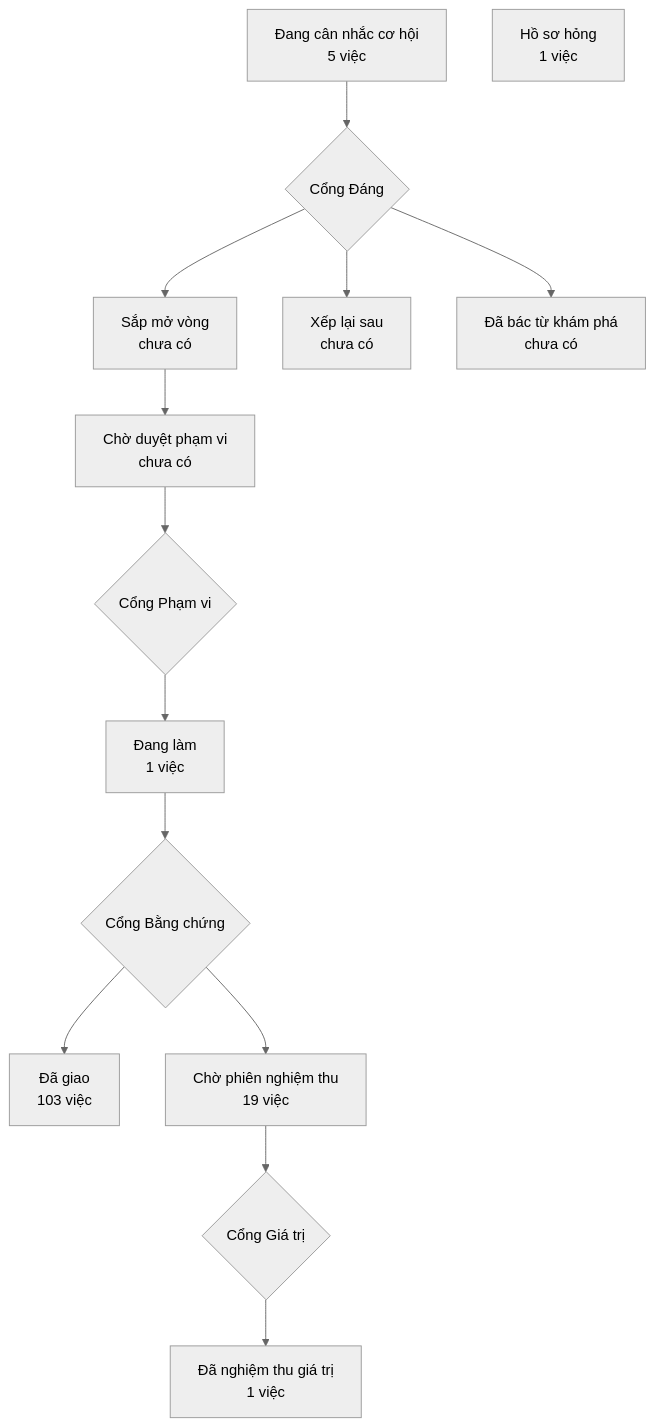
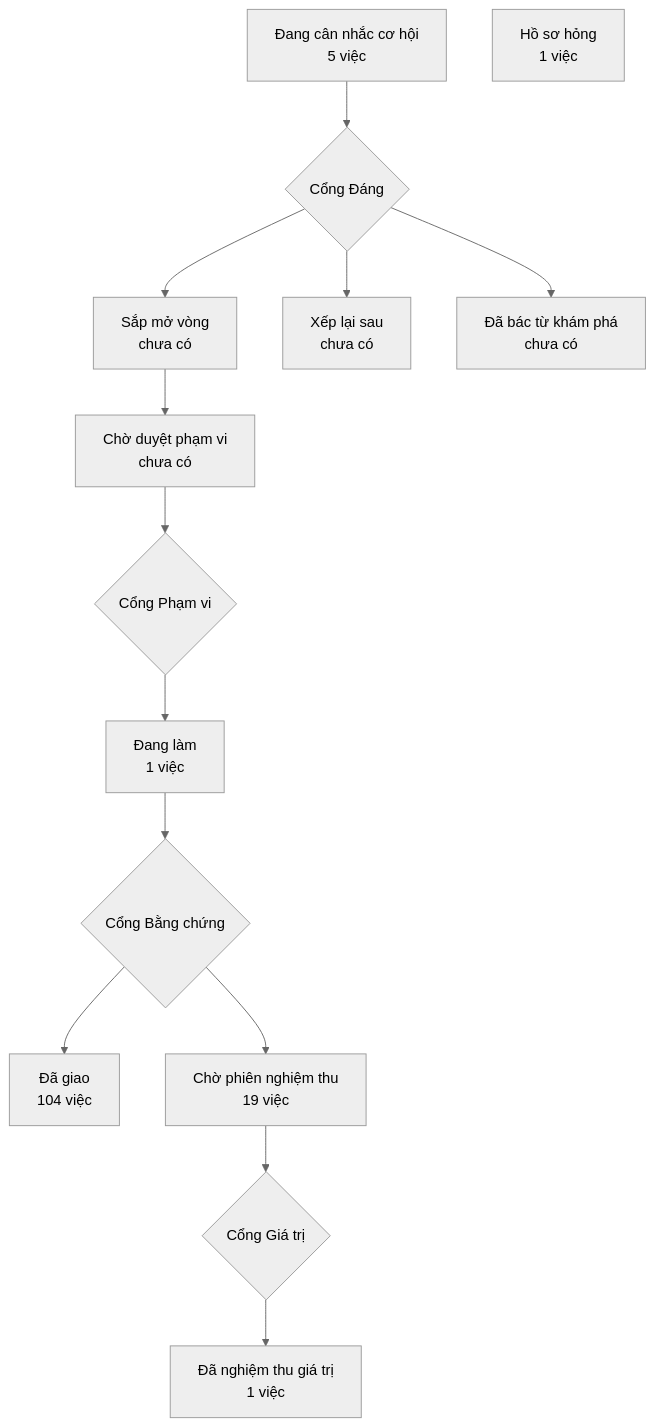
The diagram in PRODUCT-MAP.md (phanlemanh/crm-onehub), drawn with Mermaid (neutral theme) before and after one commit.

Commit message:
chore: vẽ lại PRODUCT-MAP sau khi gộp onehub

````diff
--- a/PRODUCT-MAP.md
+++ b/PRODUCT-MAP.md
@@ -6,13 +6,13 @@
 ```mermaid
 flowchart TD
   A["Đang cân nhắc cơ hội<br/>5 việc"] --> GD{"Cổng Đáng"}
   GD --> B["Sắp mở vòng<br/>chưa có"]
   GD --> XL["Xếp lại sau<br/>chưa có"]
   GD --> DB["Đã bác từ khám phá<br/>chưa có"]
   B --> CD["Chờ duyệt phạm vi<br/>chưa có"] --> GP{"Cổng Phạm vi"}
   GP --> DL["Đang làm<br/>1 việc"] --> GB{"Cổng Bằng chứng"}
-  GB --> DG["Đã giao<br/>103 việc"]
+  GB --> DG["Đã giao<br/>104 việc"]
   GB --> CN["Chờ phiên nghiệm thu<br/>19 việc"] --> GG{"Cổng Giá trị"}
   GG --> NT["Đã nghiệm thu giá trị<br/>1 việc"]
   HS["Hồ sơ hỏng<br/>1 việc"]
 ```
````
